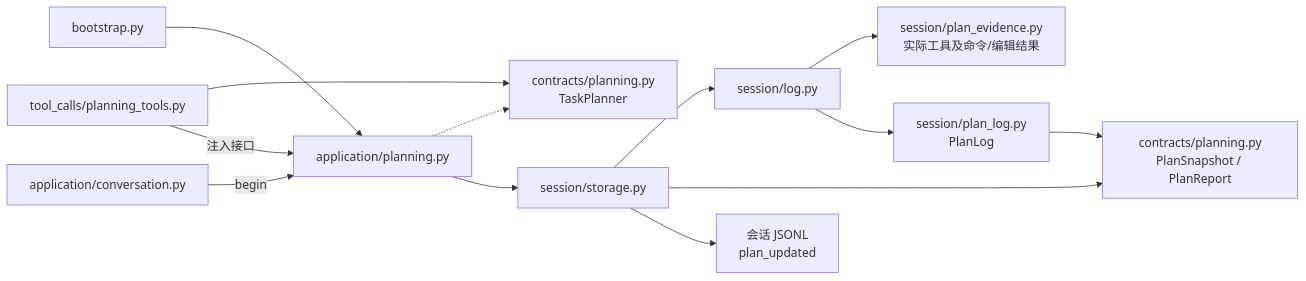
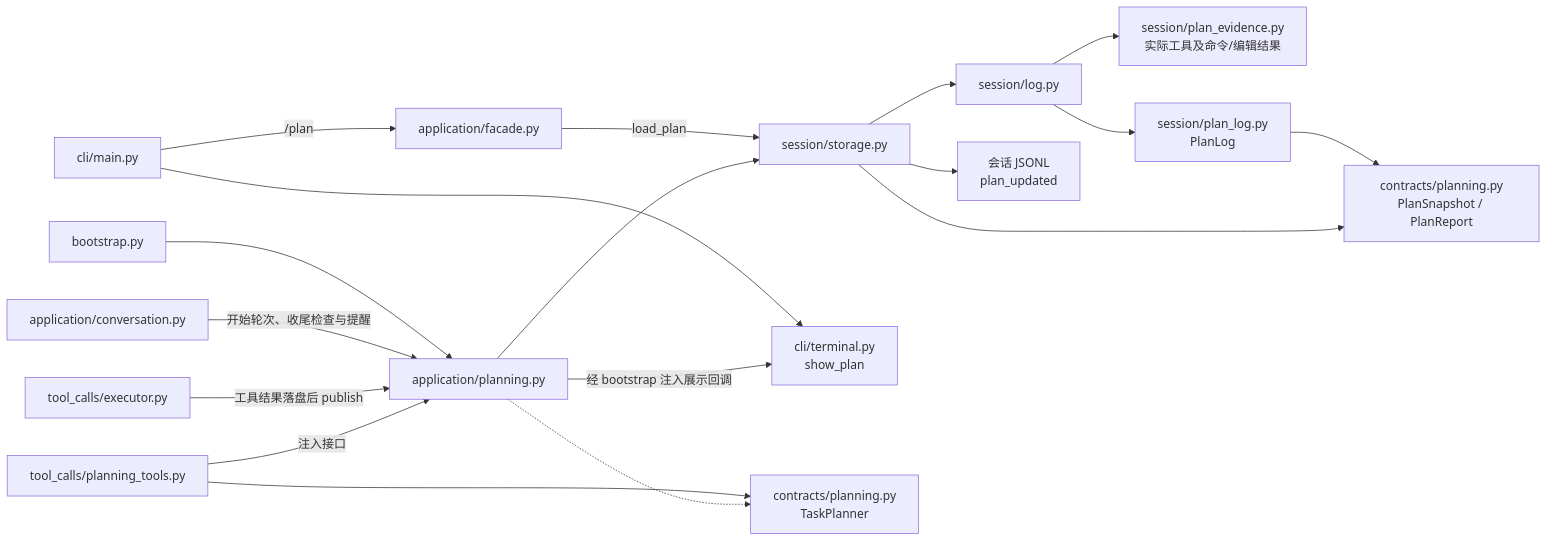
Before and after one commit to Plvltra/AdamAgent: the third of 7 diagrams in docs/architecture.md, drawn with Mermaid. The commit also changed other lines of this file and 16 other files, not shown here.

````diff
--- a/docs/architecture.md
+++ b/docs/architecture.md
@@ -70,15 +70,20 @@
 ```mermaid
 flowchart LR
     BOOT["bootstrap.py"] --> SERVICE["application/planning.py"]
-    CONV["application/conversation.py"] -->|begin| SERVICE
+    CONV["application/conversation.py"] -->|开始轮次、收尾检查与提醒| SERVICE
+    CLI["cli/main.py"] -->|/plan| APP["application/facade.py"]
+    APP -->|load_plan| STORE
+    CLI --> VIEW["cli/terminal.py<br/>show_plan"]
+    EXEC["tool_calls/executor.py"] -->|工具结果落盘后 publish| SERVICE
+    SERVICE -->|经 bootstrap 注入展示回调| VIEW
     TOOL["tool_calls/planning_tools.py"] --> CONTRACT["contracts/planning.py<br/>TaskPlanner"]
     SERVICE -.-> CONTRACT
     TOOL -->|注入接口| SERVICE
     SERVICE --> STORE["session/storage.py"]
     STORE --> LOG["session/log.py"]
     LOG --> EVIDENCE["session/plan_evidence.py<br/>实际工具及命令/编辑结果"]
     LOG --> PLAN["session/plan_log.py<br/>PlanLog"]
     PLAN --> DATA["contracts/planning.py<br/>PlanSnapshot / PlanReport"]
     STORE --> DATA
     STORE --> JSONL["会话 JSONL<br/>plan_updated"]
 ```
````
